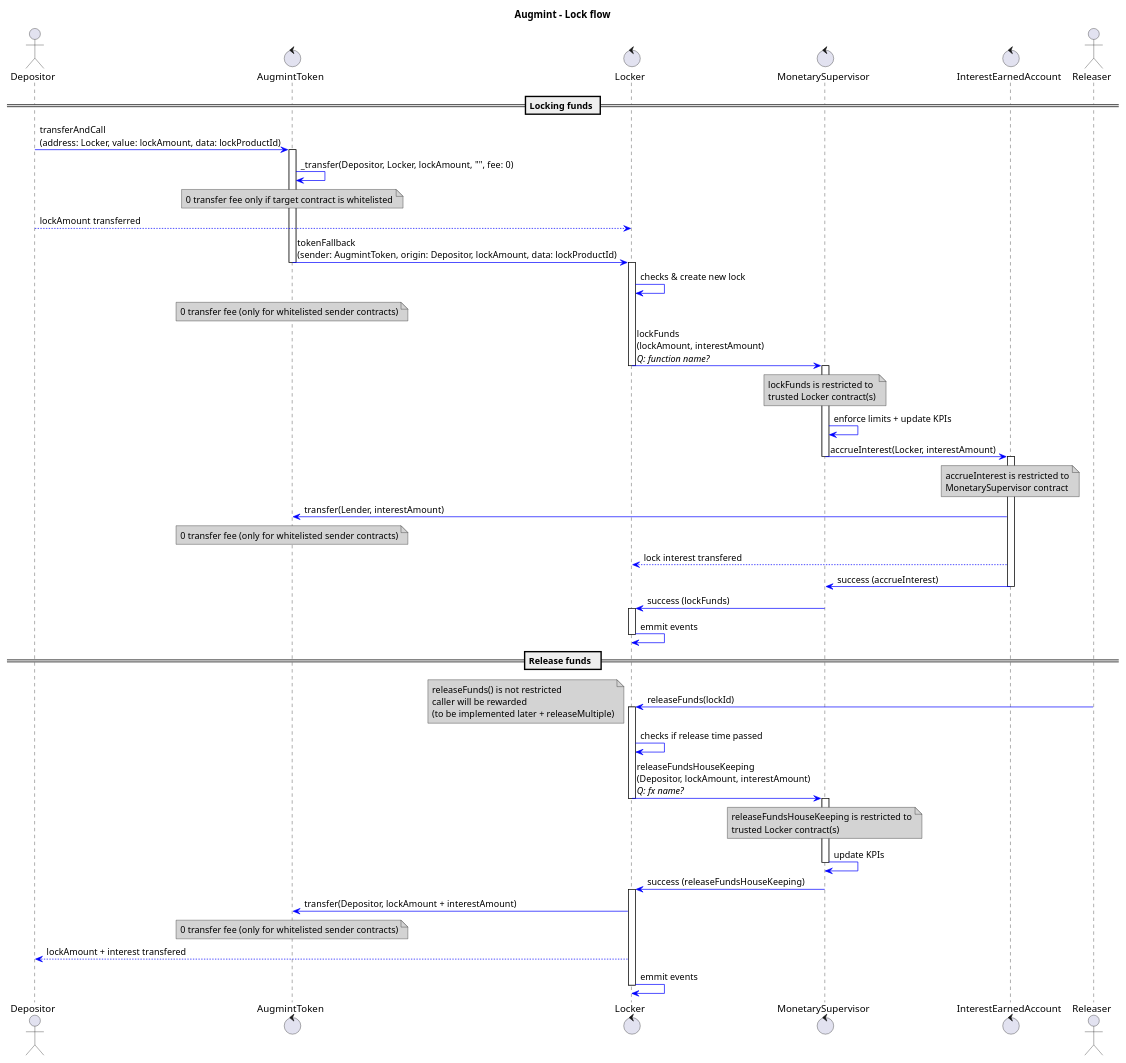
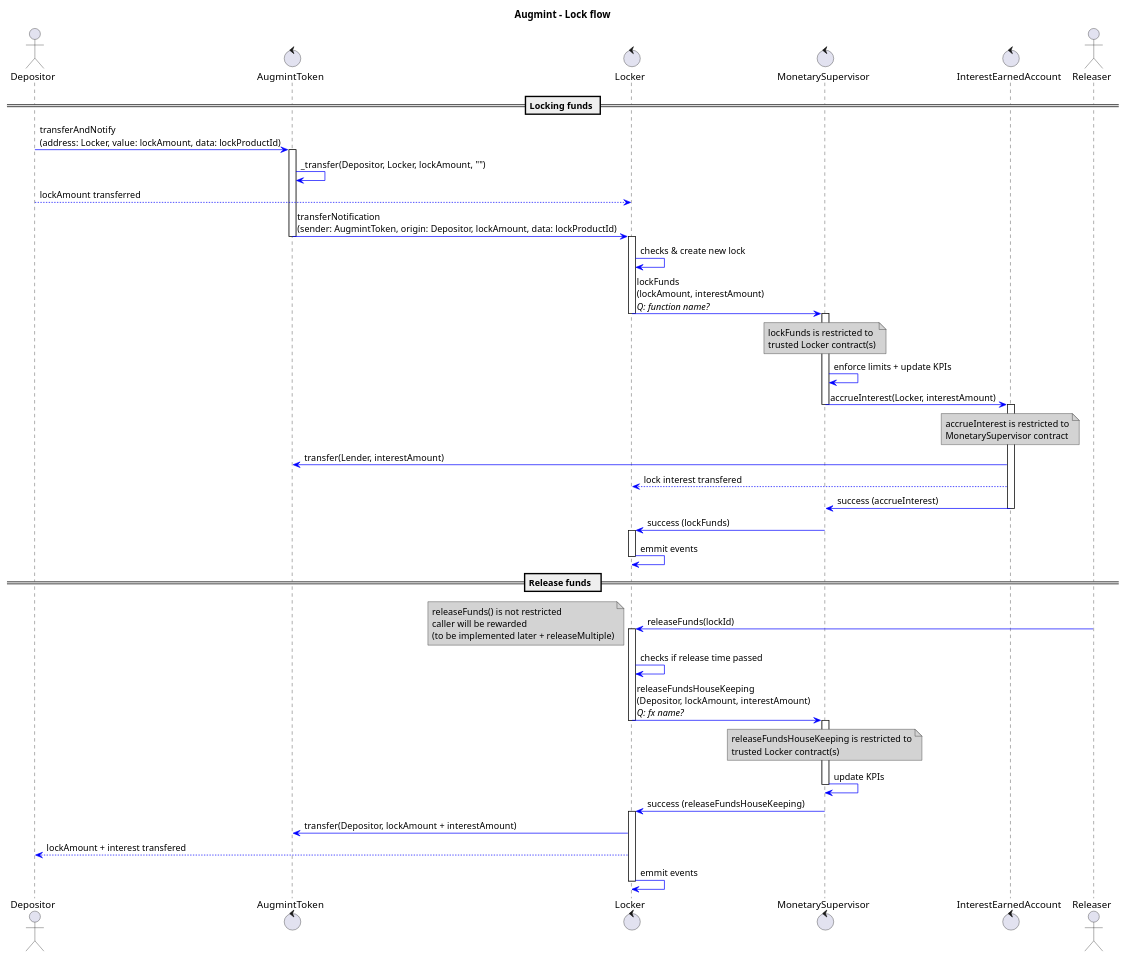
The diagram in docs/lockFlow.plantuml (Augmint/augmint-contracts), drawn with PlantUML before and after one commit. The commit also changed 5 other files, not shown here.

Commit message:
sequence diagram updates as discussed (fx names and 0 fee) #2

```diff
--- a/docs/lockFlow.plantuml
+++ b/docs/lockFlow.plantuml
@@ -1,93 +1,80 @@
 @startuml
 title **Augmint** - Lock flow
 skinparam ArrowColor #blue
 skinparam noteBackgroundColor #lightgrey
 
 actor Depositor
 control AugmintToken
 control Locker
 control MonetarySupervisor
 control InterestEarnedAccount
 actor Releaser
 
 == Locking funds ==
-Depositor -> AugmintToken : transferAndCall\n(address: Locker, value: lockAmount, data: lockProductId)
+Depositor -> AugmintToken : transferAndNotify\n(address: Locker, value: lockAmount, data: lockProductId)
 
 activate AugmintToken
-    AugmintToken -> AugmintToken : _transfer(Depositor, Locker, lockAmount, "", fee: 0)
-    note over AugmintToken
-        0 transfer fee only if target contract is whitelisted
-    end note
+    AugmintToken -> AugmintToken : _transfer(Depositor, Locker, lockAmount, "")
     Depositor --> Locker : lockAmount transferred
-    AugmintToken -> Locker : tokenFallback\n(sender: AugmintToken, origin: Depositor, lockAmount, data: lockProductId)
+    AugmintToken -> Locker : transferNotification\n(sender: AugmintToken, origin: Depositor, lockAmount, data: lockProductId)
 deactivate AugmintToken
 
 activate Locker
     Locker -> Locker : checks & create new lock
-    note over AugmintToken
-        0 transfer fee (only for whitelisted sender contracts)
-    end note
-
     Locker -> MonetarySupervisor : lockFunds\n(lockAmount, interestAmount)\n//Q: function name?//
     note over MonetarySupervisor
         lockFunds is restricted to
         trusted Locker contract(s)
     end note
 deactivate Locker
 
 activate MonetarySupervisor
     MonetarySupervisor -> MonetarySupervisor : enforce limits + update KPIs
     MonetarySupervisor -> InterestEarnedAccount : accrueInterest(Locker, interestAmount)
 deactivate MonetarySupervisor
 
 activate InterestEarnedAccount
     note over InterestEarnedAccount
         accrueInterest is restricted to
         MonetarySupervisor contract
     end note
     InterestEarnedAccount -> AugmintToken : transfer(Lender, interestAmount)
-    note over AugmintToken
-        0 transfer fee (only for whitelisted sender contracts)
-    end note
     InterestEarnedAccount --> Locker : lock interest transfered
     InterestEarnedAccount -> MonetarySupervisor : success (accrueInterest)
 deactivate InterestEarnedAccount
 
 MonetarySupervisor -> Locker : success (lockFunds)
 
 activate Locker
     Locker -> Locker : emmit events
 deactivate Locker
 
 == Release funds  ==
 Releaser -> Locker : releaseFunds(lockId)
 note left
     releaseFunds() is not restricted
     caller will be rewarded
     (to be implemented later + releaseMultiple)
 end note
 
 activate Locker
     Locker -> Locker : checks if release time passed
     Locker -> MonetarySupervisor : releaseFundsHouseKeeping\n(Depositor, lockAmount, interestAmount)\n//Q: fx name?//
 deactivate Locker
 
 activate MonetarySupervisor
     note over MonetarySupervisor
         releaseFundsHouseKeeping is restricted to
         trusted Locker contract(s)
     end note
     MonetarySupervisor -> MonetarySupervisor : update KPIs
 deactivate MonetarySupervisor
 
 MonetarySupervisor -> Locker : success (releaseFundsHouseKeeping)
 
 activate Locker
     Locker -> AugmintToken : transfer(Depositor, lockAmount + interestAmount)
-    note over AugmintToken
-        0 transfer fee (only for whitelisted sender contracts)
-    end note
     Locker --> Depositor : lockAmount + interest transfered
 Locker -> Locker : emmit events
 deactivate Locker
 @enduml
```
